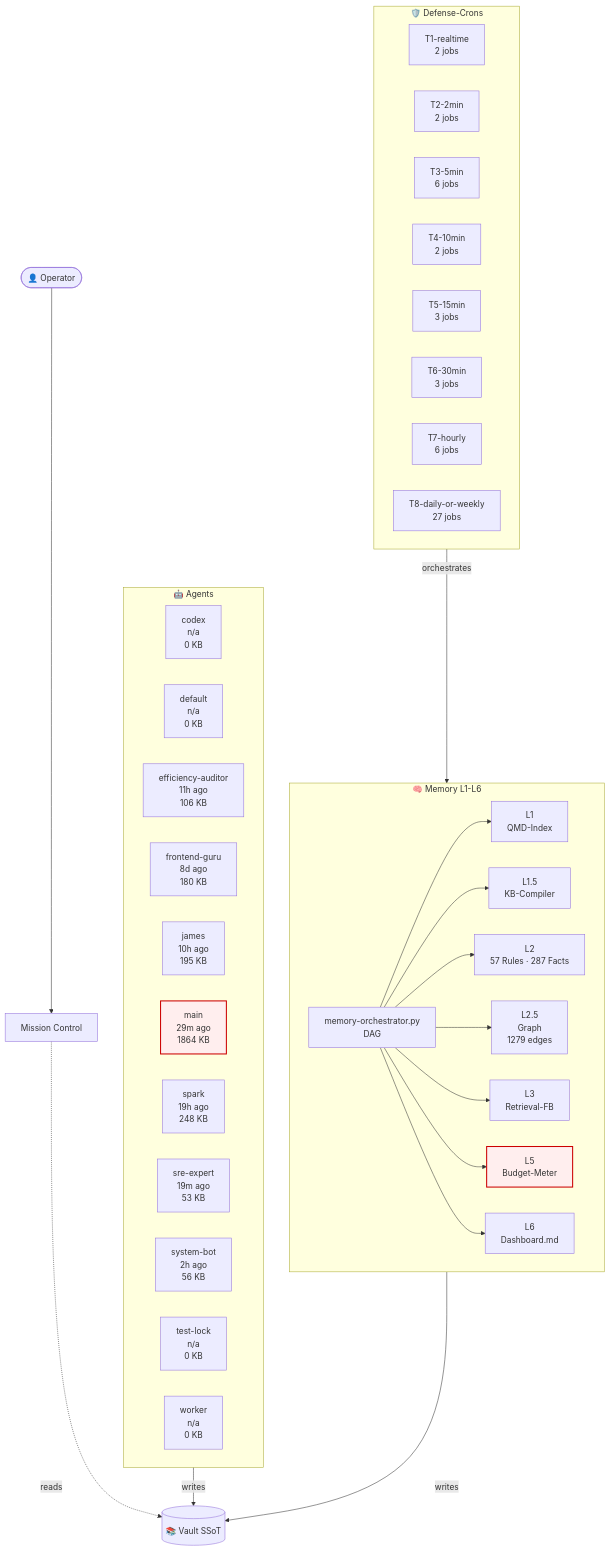
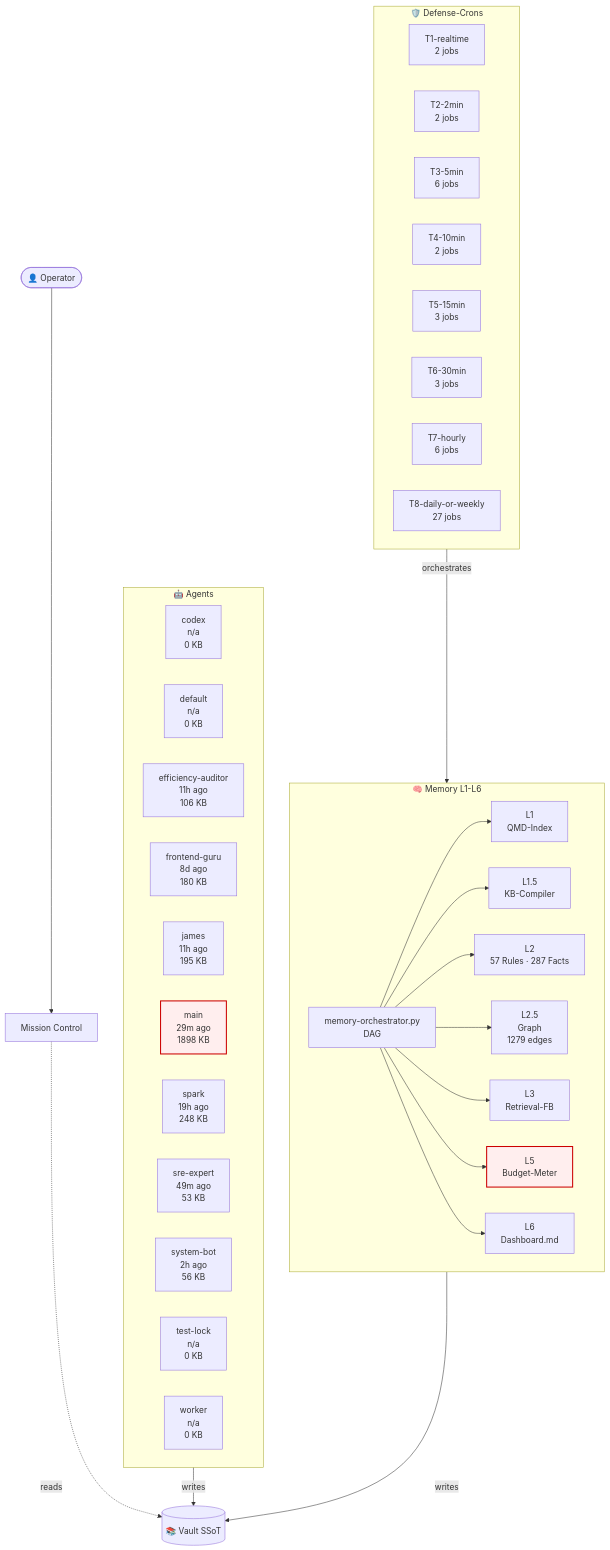
The diagram in 03-Agents/architecture-live.md (lenardhuebner88-rgb/openclaw-memory), drawn with Mermaid before and after one commit. The commit also changed other lines of this file and 1 other file, not shown here.

````diff
--- a/03-Agents/architecture-live.md
+++ b/03-Agents/architecture-live.md
@@ -18,54 +18,54 @@
 ```mermaid
 flowchart TB
     classDef critical fill:#fee,stroke:#c00,stroke-width:2px;
     subgraph AGT["🤖 Agents"]
         agent_codex["codex<br/>n/a<br/>0 KB"]
         agent_default["default<br/>n/a<br/>0 KB"]
         agent_efficiency_auditor["efficiency-auditor<br/>11h ago<br/>106 KB"]
         agent_frontend_guru["frontend-guru<br/>8d ago<br/>180 KB"]
-        agent_james["james<br/>10h ago<br/>195 KB"]
-        agent_main["main<br/>29m ago<br/>1864 KB"]
+        agent_james["james<br/>11h ago<br/>195 KB"]
+        agent_main["main<br/>29m ago<br/>1898 KB"]
         agent_spark["spark<br/>19h ago<br/>248 KB"]
-        agent_sre_expert["sre-expert<br/>19m ago<br/>53 KB"]
+        agent_sre_expert["sre-expert<br/>49m ago<br/>53 KB"]
         agent_system_bot["system-bot<br/>2h ago<br/>56 KB"]
         agent_test_lock["test-lock<br/>n/a<br/>0 KB"]
         agent_worker["worker<br/>n/a<br/>0 KB"]
     end
     subgraph MEM["🧠 Memory L1-L6"]
         L1["L1<br/>QMD-Index"]
         L15["L1.5<br/>KB-Compiler"]
         L2["L2<br/>57 Rules · 287 Facts"]
         L25["L2.5<br/>Graph<br/>1279 edges"]
         L3["L3<br/>Retrieval-FB"]
         L5["L5<br/>Budget-Meter"]
         L6["L6<br/>Dashboard.md"]
         ORCH["memory-orchestrator.py<br/>DAG"]
     end
     subgraph CRN["🛡️ Defense-Crons"]
         tier_T1_realtime["T1-realtime<br/>2 jobs"]
         tier_T2_2min["T2-2min<br/>2 jobs"]
         tier_T3_5min["T3-5min<br/>6 jobs"]
         tier_T4_10min["T4-10min<br/>2 jobs"]
         tier_T5_15min["T5-15min<br/>3 jobs"]
         tier_T6_30min["T6-30min<br/>3 jobs"]
         tier_T7_hourly["T7-hourly<br/>6 jobs"]
         tier_T8_daily_or_weekly["T8-daily-or-weekly<br/>27 jobs"]
     end
     VAULT[("📚 Vault SSoT")]
     OP([👤 Operator])
     MC["Mission Control"]
     OP --> MC
     MC -.reads.-> VAULT
     AGT -->|writes| VAULT
     MEM -->|writes| VAULT
     ORCH --> L1
     ORCH --> L15
     ORCH --> L2
     ORCH --> L25
     ORCH --> L3
     ORCH --> L5
     ORCH --> L6
     CRN -->|orchestrates| MEM
     class L5 critical
     class agent_main critical
 ```
````
